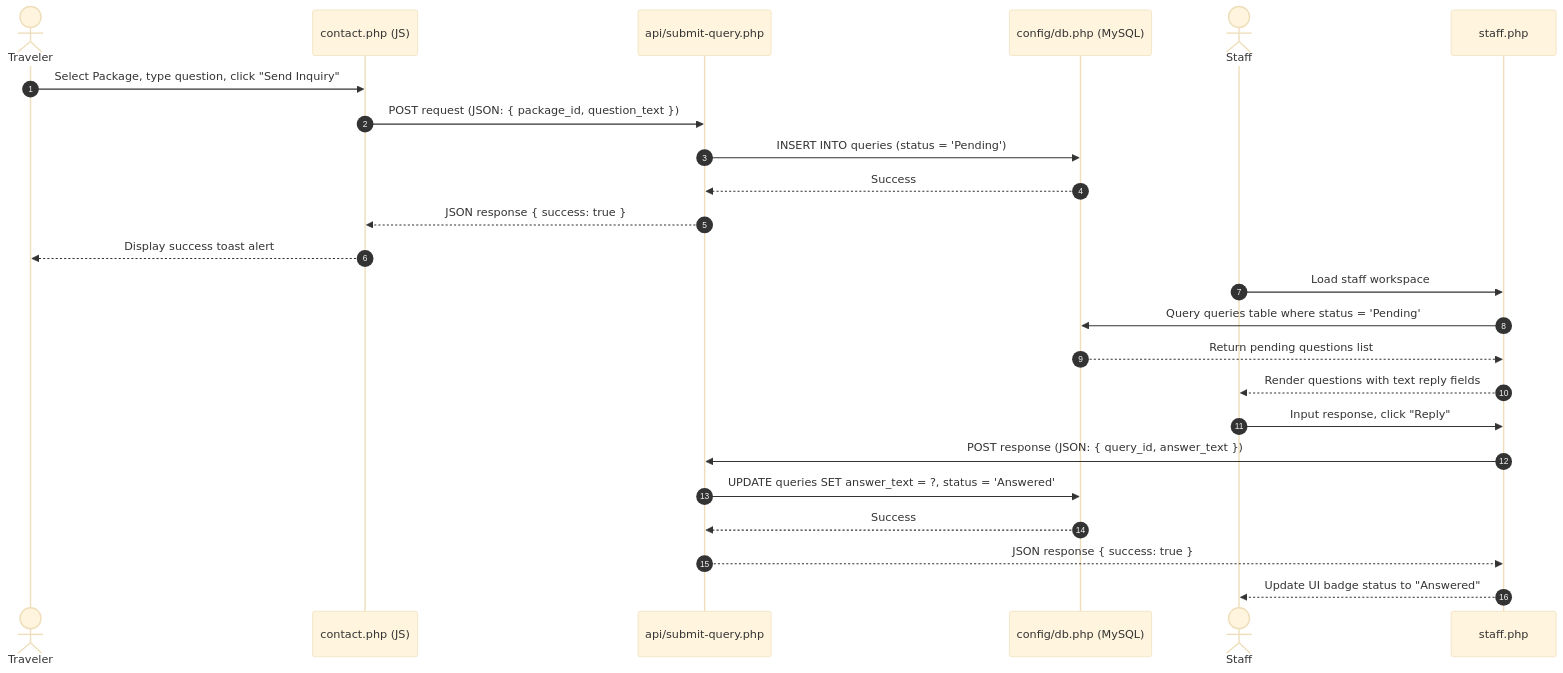
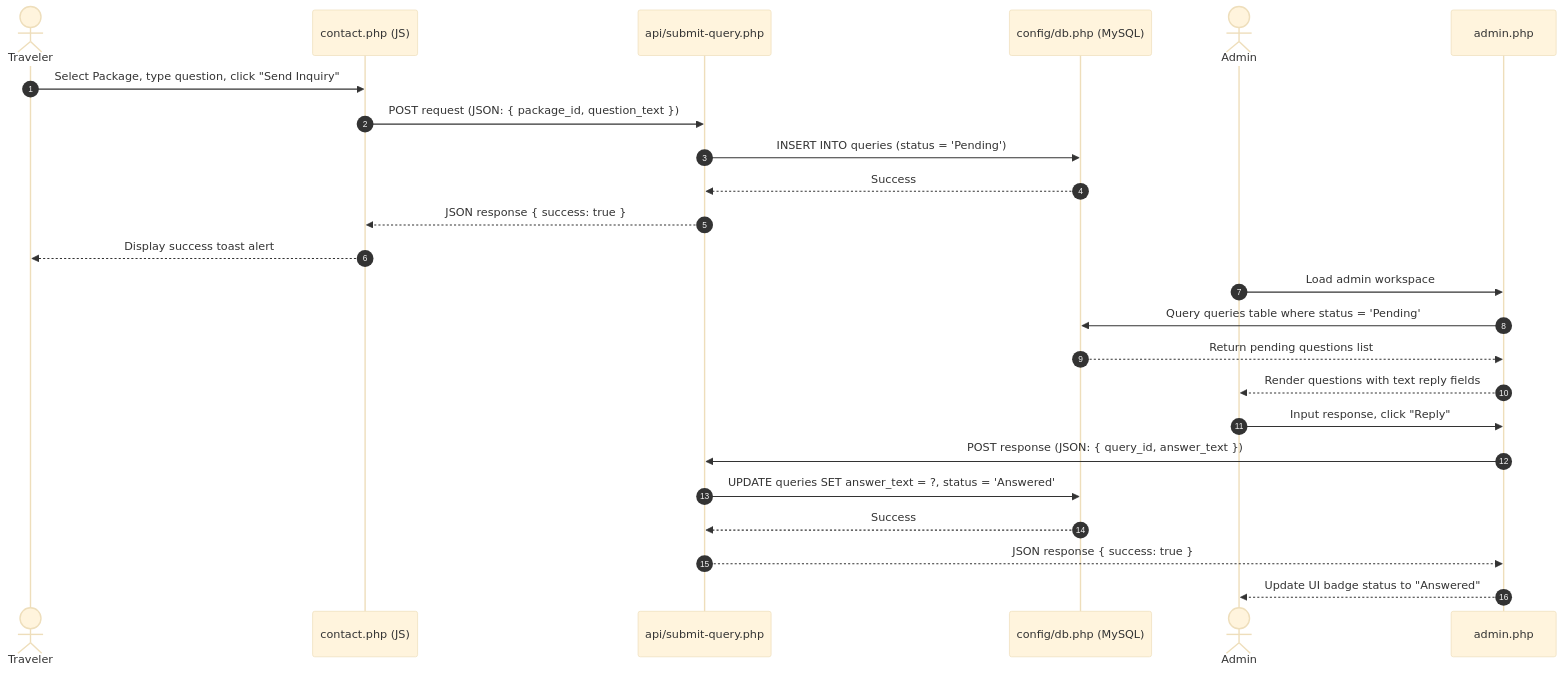
The fifth of 5 diagrams in README.md (Fathima-Asna/ICBT-WEB-Development), drawn with Mermaid (base theme) before and after one commit. The commit also changed other lines of this file and 15 other files, not shown here.

Commit message:
Clean remove of staff role and consolidation of administrative actions to admin panel

````diff
--- a/README.md
+++ b/README.md
@@ -191,29 +177,29 @@
 ```mermaid
 sequenceDiagram
     autonumber
     actor Traveler
     participant Contact as contact.php (JS)
     participant API as api/submit-query.php
     participant DB as config/db.php (MySQL)
-    actor Staff
-    participant StaffPage as staff.php
+    actor Admin
+    participant AdminPage as admin.php
     
     Traveler->>Contact: Select Package, type question, click "Send Inquiry"
     Contact->>API: POST request (JSON: { package_id, question_text })
     API->>DB: INSERT INTO queries (status = 'Pending')
     DB-->>API: Success
     API-->>Contact: JSON response { success: true }
     Contact-->>Traveler: Display success toast alert
     
-    %% Staff Reply Part
-    Staff->>StaffPage: Load staff workspace
-    StaffPage->>DB: Query queries table where status = 'Pending'
-    DB-->>StaffPage: Return pending questions list
-    StaffPage-->>Staff: Render questions with text reply fields
-    Staff->>StaffPage: Input response, click "Reply"
-    StaffPage->>API: POST response (JSON: { query_id, answer_text })
+    %% Admin Reply Part
+    Admin->>AdminPage: Load admin workspace
+    AdminPage->>DB: Query queries table where status = 'Pending'
+    DB-->>AdminPage: Return pending questions list
+    AdminPage-->>Admin: Render questions with text reply fields
+    Admin->>AdminPage: Input response, click "Reply"
+    AdminPage->>API: POST response (JSON: { query_id, answer_text })
     API->>DB: UPDATE queries SET answer_text = ?, status = 'Answered'
     DB-->>API: Success
-    API-->>StaffPage: JSON response { success: true }
-    StaffPage-->>Staff: Update UI badge status to "Answered"
+    API-->>AdminPage: JSON response { success: true }
+    AdminPage-->>Admin: Update UI badge status to "Answered"
 ```
````
